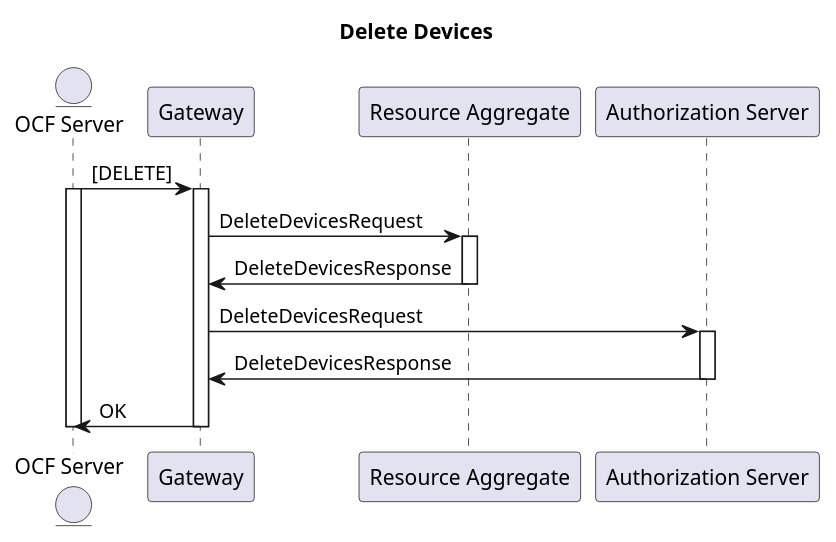
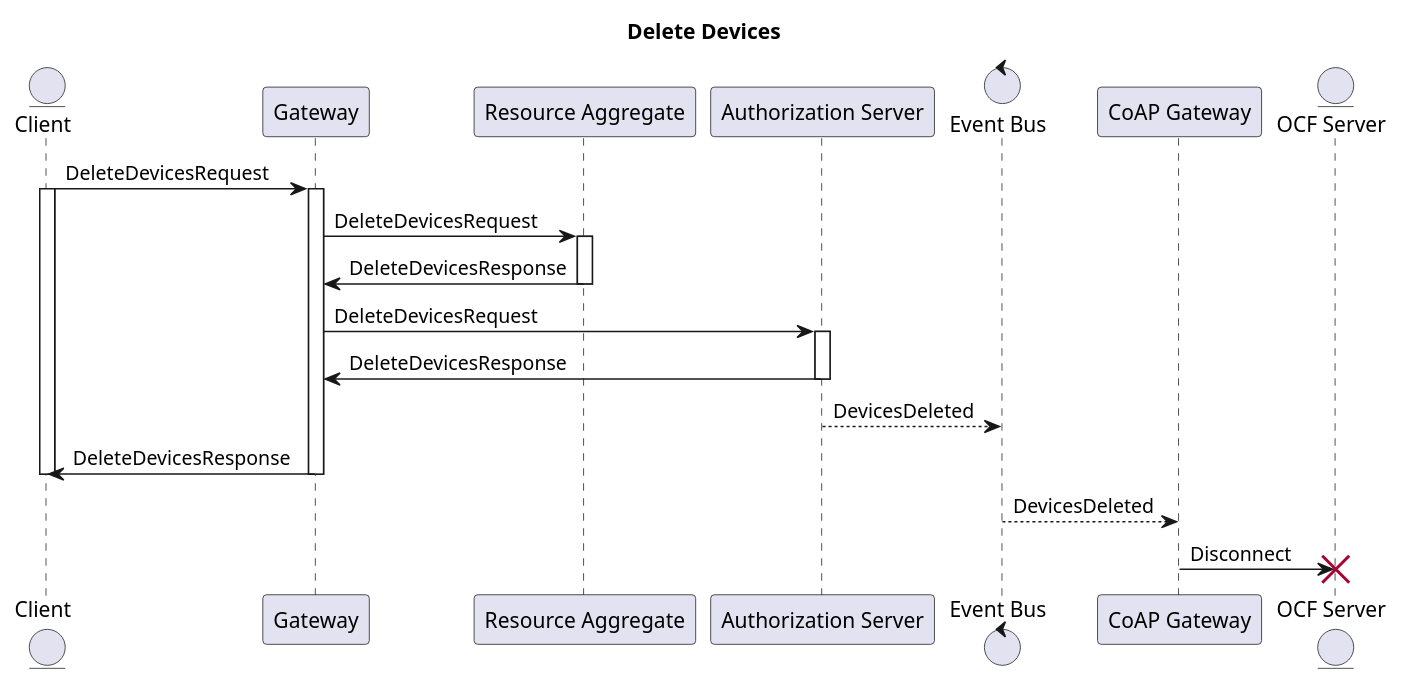
Diagram 11 of 11 in resource-aggregate/.plantuml (plgd-dev/hub), drawn with PlantUML before and after one commit.

Commit message:
update delete devices plantuml

```diff
--- a/resource-aggregate/.plantuml
+++ b/resource-aggregate/.plantuml
@@ -301,23 +301,30 @@
 @startuml
 title "Delete Devices"
 
-entity "OCF Server" as Server
+entity "Client" as Client
 participant "Gateway" as Gateway
 participant "Resource Aggregate" as ResourceAggregate
 participant "Authorization Server" as AuthServer
+control "Event Bus" as Bus
+participant "CoAP Gateway" as CGateway
+entity "OCF Server" as Server
 
-Server -> Gateway : [DELETE]
-activate Server
+Client -> Gateway: DeleteDevicesRequest
+activate Client
 activate Gateway
-Gateway-> ResourceAggregate : DeleteDevicesRequest
+Gateway -> ResourceAggregate : DeleteDevicesRequest
 activate ResourceAggregate
 ResourceAggregate -> Gateway : DeleteDevicesResponse
 deactivate ResourceAggregate
 Gateway -> AuthServer : DeleteDevicesRequest
 activate AuthServer
 AuthServer -> Gateway : DeleteDevicesResponse
 deactivate AuthServer
-Gateway -> Server : OK
+AuthServer --> Bus: DevicesDeleted
+Gateway -> Client: DeleteDevicesResponse
 deactivate Gateway
-deactivate Server
+deactivate Client
+Bus --> CGateway: DevicesDeleted
+CGateway -> Server : Disconnect
+destroy Server
 @enduml
```
